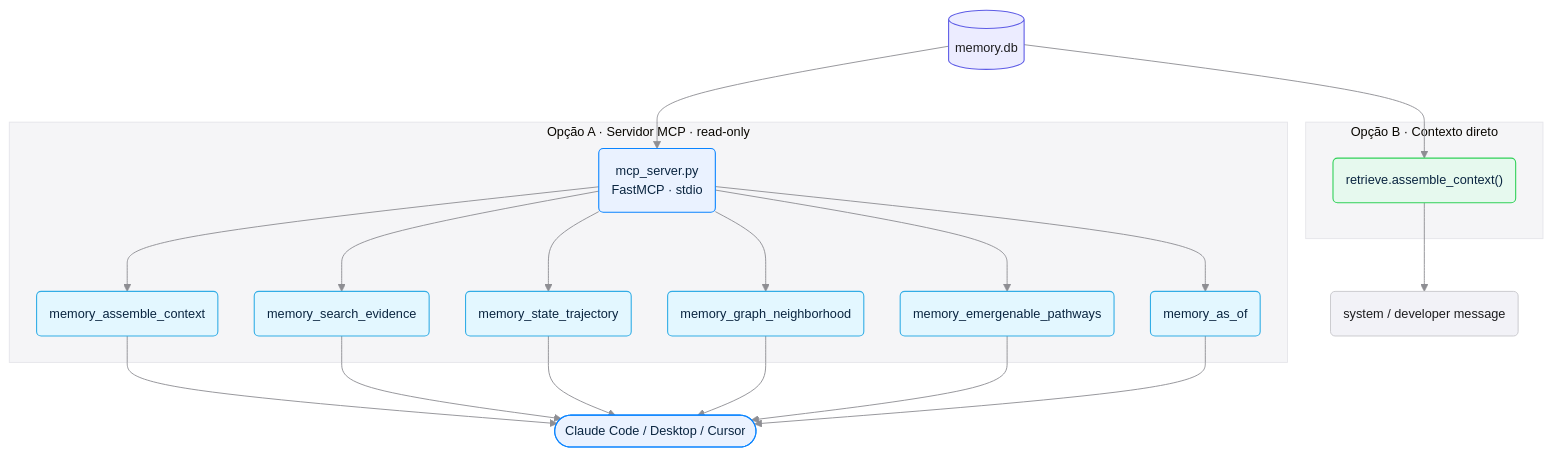
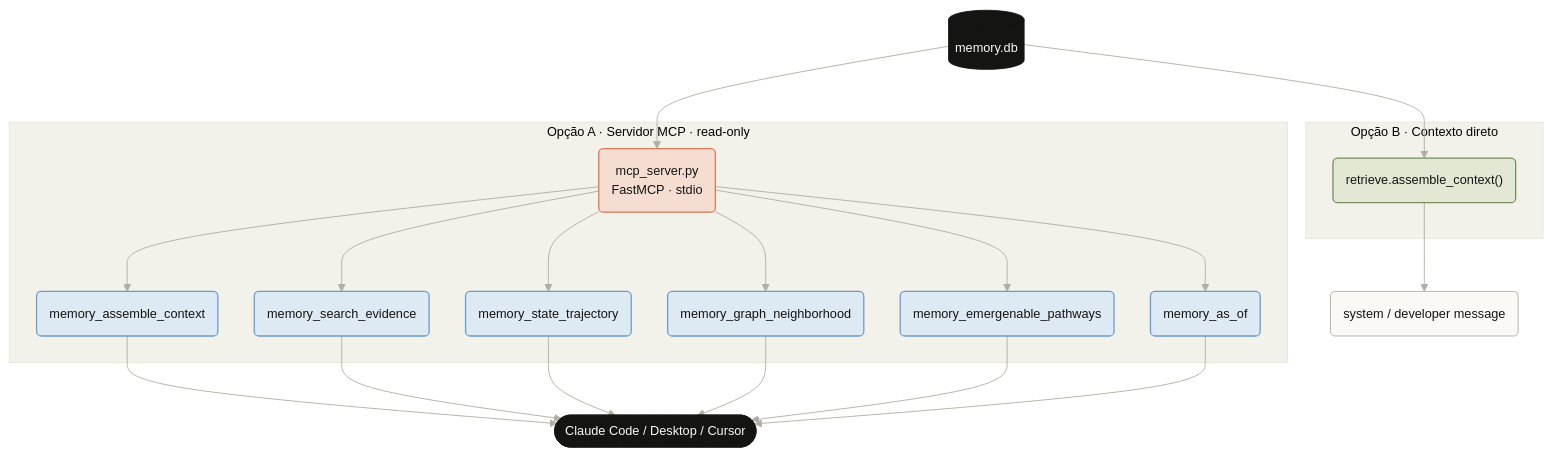
One commit to myselfgus/patient-memory changed the seventh of 8 diagrams in README.md. Above: the diagram before and after it, drawn with Mermaid. The commit also changed other lines of this file, not shown here.

Commit message:
style(readme): aplica identidade de marca Anthropic (Poppins + paleta areia/tinta + acentos orange/blue/green); remove mindmap do Espaco Mental

````diff
--- a/README.md
+++ b/README.md
@@ -300,36 +312,36 @@
 ```mermaid
-%%{init: {"theme":"base","themeVariables":{"fontFamily":"-apple-system, BlinkMacSystemFont, Segoe UI, Helvetica, Arial, sans-serif","fontSize":"14px","lineColor":"#8E8E93","clusterBkg":"#F5F5F7","clusterBorder":"#E5E5EA","edgeLabelBackground":"#FFFFFF"},"flowchart":{"curve":"basis","htmlLabels":true,"padding":14,"nodeSpacing":40,"rankSpacing":58}}}%%
+%%{init: {"theme":"base","themeVariables":{"fontFamily":"Poppins, Arial, Helvetica, sans-serif","fontSize":"14px","primaryColor":"#faf9f5","primaryTextColor":"#141413","primaryBorderColor":"#b0aea5","lineColor":"#b0aea5","clusterBkg":"#f2f1ea","clusterBorder":"#e8e6dc","edgeLabelBackground":"#faf9f5"},"flowchart":{"curve":"basis","htmlLabels":true,"padding":14,"nodeSpacing":40,"rankSpacing":58}}}%%
 flowchart TB
     DB[("memory.db")]
     subgraph A["Opção A · Servidor MCP · read-only"]
         MCP("mcp_server.py<br/>FastMCP · stdio")
         T1("memory_assemble_context")
         T2("memory_search_evidence")
         T3("memory_state_trajectory")
         T4("memory_graph_neighborhood")
         T5("memory_emergenable_pathways")
         T6("memory_as_of")
     end
     subgraph B["Opção B · Contexto direto"]
         AC("retrieve.assemble_context()")
     end
     CLIENT(["Claude Code / Desktop / Cursor"])
     PROMPT("system / developer message")
 
     DB --> MCP
     MCP --> T1 & T2 & T3 & T4 & T5 & T6
     T1 & T2 & T3 & T4 & T5 & T6 --> CLIENT
     DB --> AC --> PROMPT
 
-    classDef blue fill:#EAF2FF,stroke:#0A84FF,stroke-width:1.2px,color:#0A2540
-    classDef indigo fill:#ECECFF,stroke:#5E5CE6,stroke-width:1.2px,color:#1D1D1F
-    classDef teal fill:#E3F7FF,stroke:#32ADE6,stroke-width:1.2px,color:#0A2540
-    classDef green fill:#E6F9EE,stroke:#30D158,stroke-width:1.2px,color:#0A2540
-    classDef gray fill:#F2F2F7,stroke:#C7C7CC,stroke-width:1px,color:#1D1D1F
-    class DB indigo
-    class MCP blue
-    class T1,T2,T3,T4,T5,T6 teal
+    classDef orange fill:#f6ddd1,stroke:#d97757,stroke-width:1.4px,color:#141413
+    classDef blue fill:#dde9f3,stroke:#6a9bcc,stroke-width:1.4px,color:#141413
+    classDef green fill:#e2e8d4,stroke:#788c5d,stroke-width:1.4px,color:#141413
+    classDef sand fill:#faf9f5,stroke:#b0aea5,stroke-width:1px,color:#141413
+    classDef ink fill:#141413,stroke:#141413,stroke-width:1px,color:#faf9f5
+    class DB ink
+    class MCP orange
+    class T1,T2,T3,T4,T5,T6 blue
     class AC green
-    class CLIENT blue
-    class PROMPT gray
+    class CLIENT ink
+    class PROMPT sand
 ```
````
